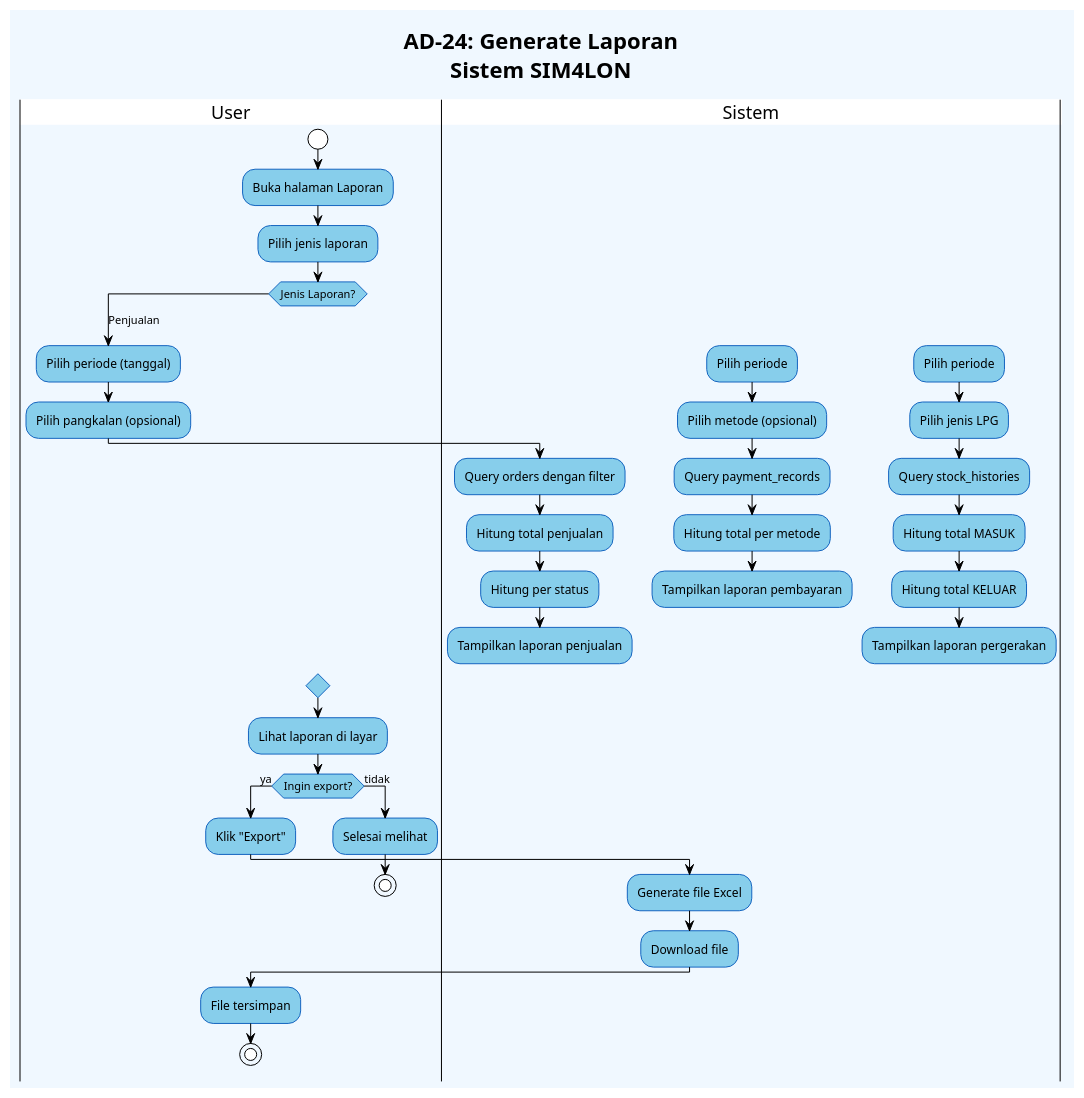
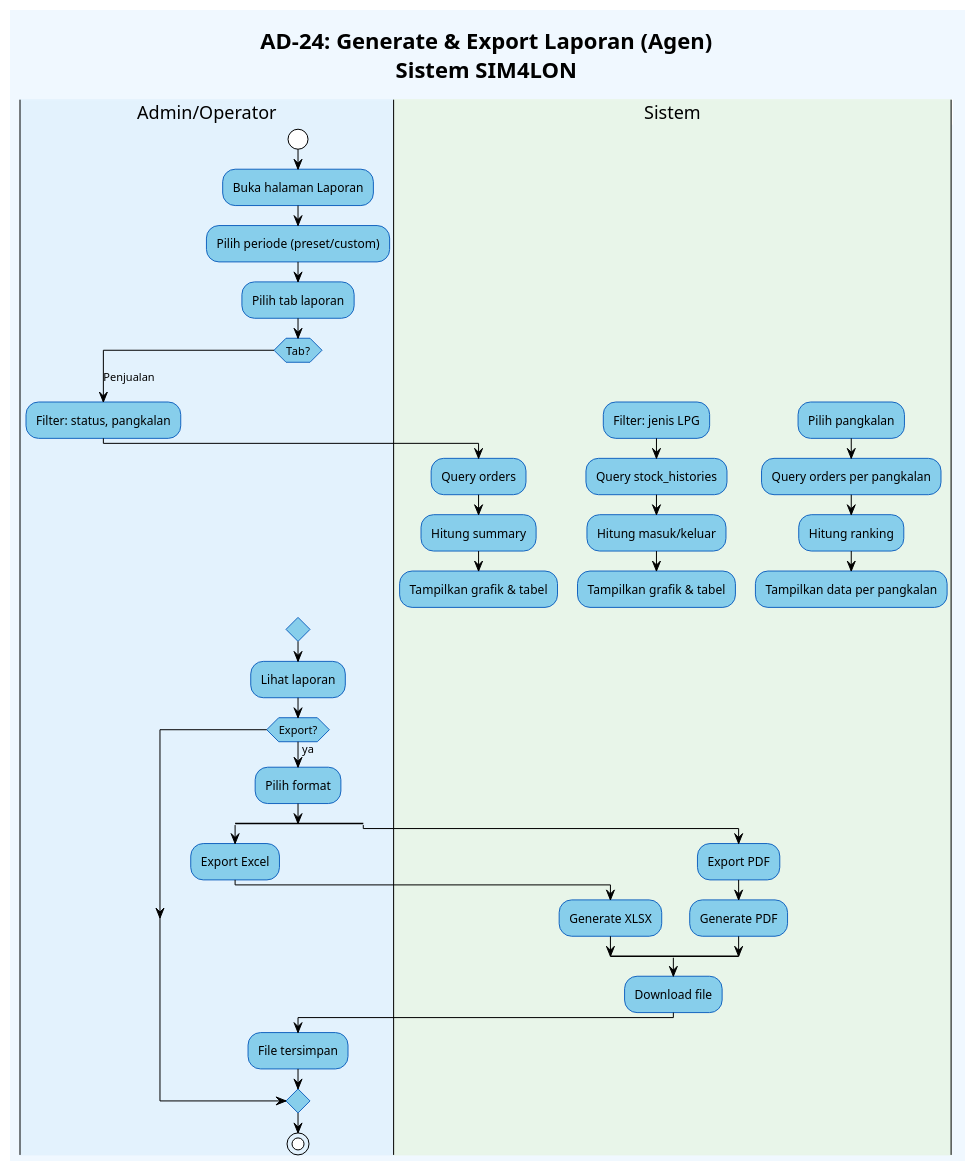
The diagram in diagrams/AD_24_GenerateLaporan.puml (xinnxz/sim4lon), drawn with PlantUML before and after one commit. The commit also changed 75 other files, not shown here.

```diff
--- a/diagrams/AD_24_GenerateLaporan.puml
+++ b/diagrams/AD_24_GenerateLaporan.puml
@@ -1,66 +1,70 @@
 @startuml AD_24_GenerateLaporan
 !theme plain
 skinparam backgroundColor #f0f8ff
 skinparam ActivityBackgroundColor #87CEEB
 skinparam ActivityBorderColor #1565c0
 skinparam PartitionBackgroundColor #e3f2fd
 skinparam PartitionBorderColor #1565c0
 
-title **AD-24: Generate Laporan**\nSistem SIM4LON
+title **AD-24: Generate & Export Laporan (Agen)**\nSistem SIM4LON
 
-|User|
+|#e3f2fd|Admin/Operator|
 start
 :Buka halaman Laporan;
-:Pilih jenis laporan;
+:Pilih periode (preset/custom);
 
-switch (Jenis Laporan?)
+:Pilih tab laporan;
+
+switch (Tab?)
 case (Penjualan)
-    :Pilih periode (tanggal);
-    :Pilih pangkalan (opsional);
+    :Filter: status, pangkalan;
     
-    |Sistem|
-    :Query orders dengan filter;
-    :Hitung total penjualan;
-    :Hitung per status;
-    :Tampilkan laporan penjualan;
-
-case (Pembayaran)
-    :Pilih periode;
-    :Pilih metode (opsional);
-    
-    |Sistem|
-    :Query payment_records;
-    :Hitung total per metode;
-    :Tampilkan laporan pembayaran;
+    |#e8f5e9|Sistem|
+    :Query orders;
+    :Hitung summary;
+    :Tampilkan grafik & tabel;
 
 case (Stok)
-    :Pilih periode;
-    :Pilih jenis LPG;
+    :Filter: jenis LPG;
     
     |Sistem|
     :Query stock_histories;
-    :Hitung total MASUK;
-    :Hitung total KELUAR;
-    :Tampilkan laporan pergerakan;
+    :Hitung masuk/keluar;
+    :Tampilkan grafik & tabel;
+
+case (Per Pangkalan)
+    :Pilih pangkalan;
+    
+    |Sistem|
+    :Query orders per pangkalan;
+    :Hitung ranking;
+    :Tampilkan data per pangkalan;
 
 endswitch
 
-|User|
-:Lihat laporan di layar;
+|Admin/Operator|
+:Lihat laporan;
 
-if (Ingin export?) then (ya)
-    :Klik "Export";
+if (Export?) then (ya)
+    :Pilih format;
+    
+    split
+        :Export Excel;
+        |Sistem|
+        :Generate XLSX;
+    split again
+        :Export PDF;
+        |Sistem|
+        :Generate PDF;
+    end split
     
     |Sistem|
-    :Generate file Excel;
     :Download file;
     
-    |User|
+    |Admin/Operator|
     :File tersimpan;
-    stop
-else (tidak)
-    :Selesai melihat;
-    stop
 endif
 
+stop
+
 @enduml
```
